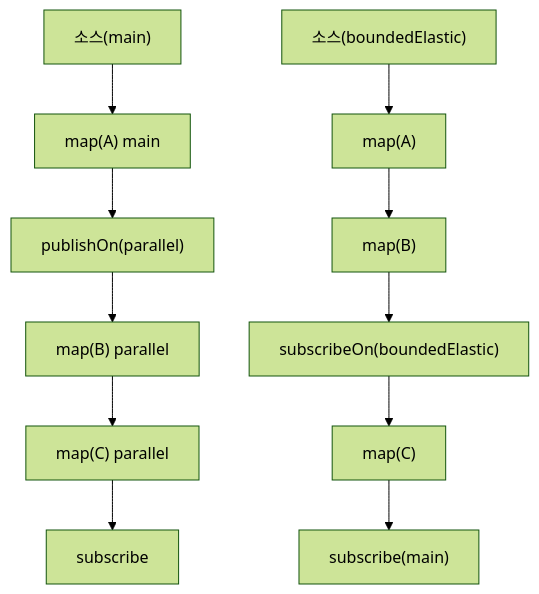
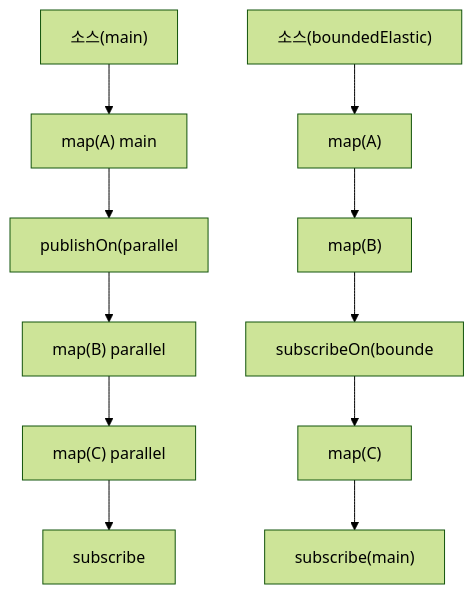
One commit to yjkim2015/yjkim2015.github.io changed the seventh of 9 diagrams in _posts/spring/2026-05-01-spring-webflux.md. Above: the diagram before and after it, drawn with Mermaid (forest theme). The commit also changed other lines of this file and 271 other files, not shown here.

First line of the commit message:
Mermaid 라벨 축소: 긴 노드 텍스트 18자 이하로 트림 + \n 제거

````diff
--- a/_posts/spring/2026-05-01-spring-webflux.md
+++ b/_posts/spring/2026-05-01-spring-webflux.md
@@ -448,9 +448,9 @@
 ```mermaid
 graph TD
     PA["소스(main)"] --> PB["map(A) main"]
-    PB --> PC["publishOn(parallel)"]
+    PB --> PC["publishOn(parallel"]
     PC --> PD["map(B) parallel"] --> PE["map(C) parallel"] --> PF[subscribe]
     SA["소스(boundedElastic)"] --> SB["map(A)"] --> SC["map(B)"]
-    SC --> SD["subscribeOn(boundedElastic)"]
+    SC --> SD["subscribeOn(bounde"]
     SD --> SE["map(C)"] --> SF["subscribe(main)"]
 ```
````
